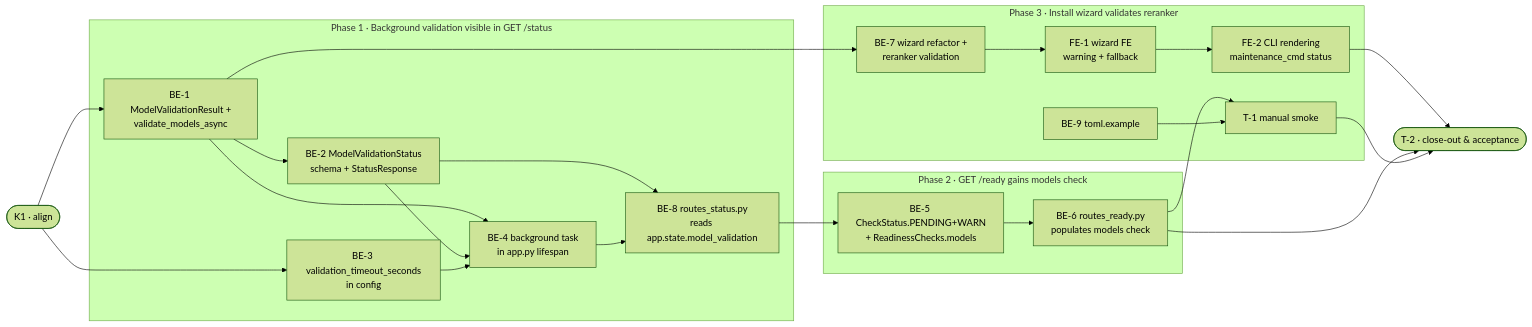
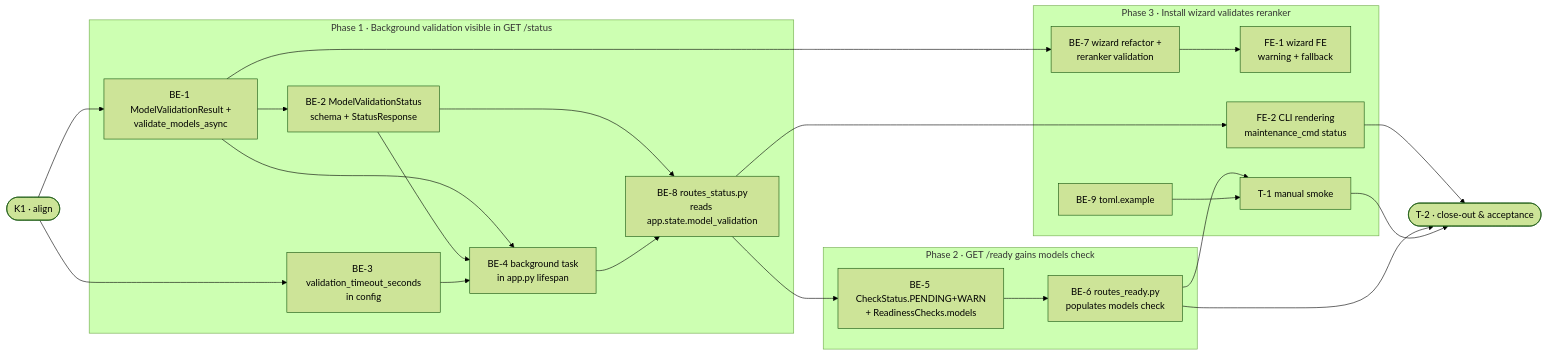
The second of 2 diagrams in Documentation/Backlog/D6-provider-validation-team-plan.md (user538295/archon-search), drawn with Mermaid (forest theme) before and after one commit. The commit also changed other lines of this file and 2 other files, not shown here.

````diff
--- a/Documentation/Backlog/D6-provider-validation-team-plan.md
+++ b/Documentation/Backlog/D6-provider-validation-team-plan.md
@@ -274,38 +278,38 @@
 ```mermaid
 flowchart LR
   K1([K1 · align])
   subgraph P1["Phase 1 · Background validation visible in GET /status"]
     BE1["BE-1 ModelValidationResult +\nvalidate_models_async"]
     BE2["BE-2 ModelValidationStatus\nschema + StatusResponse"]
     BE3["BE-3 validation_timeout_seconds\nin config"]
     BE4["BE-4 background task\nin app.py lifespan"]
     BE8["BE-8 routes_status.py\nreads app.state.model_validation"]
   end
   subgraph P2["Phase 2 · GET /ready gains models check"]
     BE5["BE-5 CheckStatus.PENDING+WARN\n+ ReadinessChecks.models"]
     BE6["BE-6 routes_ready.py\npopulates models check"]
   end
   subgraph P3["Phase 3 · Install wizard validates reranker"]
     BE7["BE-7 wizard refactor +\nreranker validation"]
     FE1["FE-1 wizard FE\nwarning + fallback"]
     FE2["FE-2 CLI rendering\nmaintenance_cmd status"]
     BE9["BE-9 toml.example"]
     T1["T-1 manual smoke"]
   end
   T2([T-2 · close-out & acceptance])
 
   K1 --> BE1 & BE3
   BE1 --> BE2 & BE4 & BE7
   BE2 --> BE4 & BE8
   BE3 --> BE4
   BE4 --> BE8
   BE8 --> BE5
   BE5 --> BE6
   BE6 --> T1
   BE7 --> FE1
-  FE1 --> FE2
+  BE8 --> FE2
   BE9 --> T1
   FE2 --> T2
   BE6 --> T2
   T1 --> T2
 ```
````
